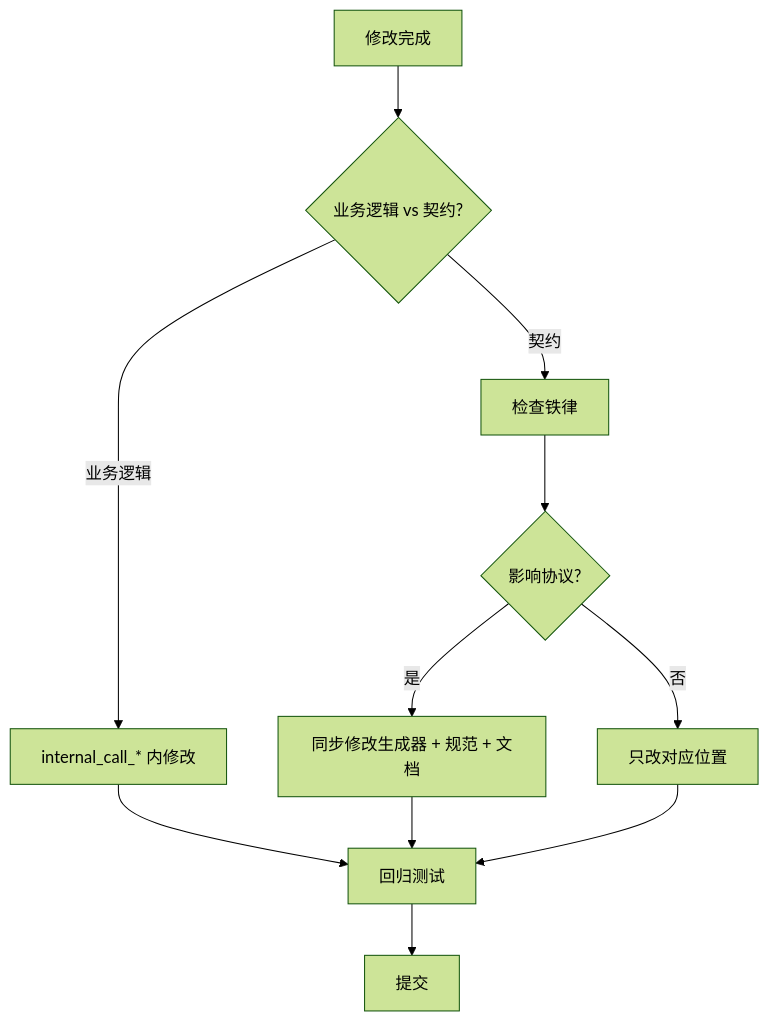
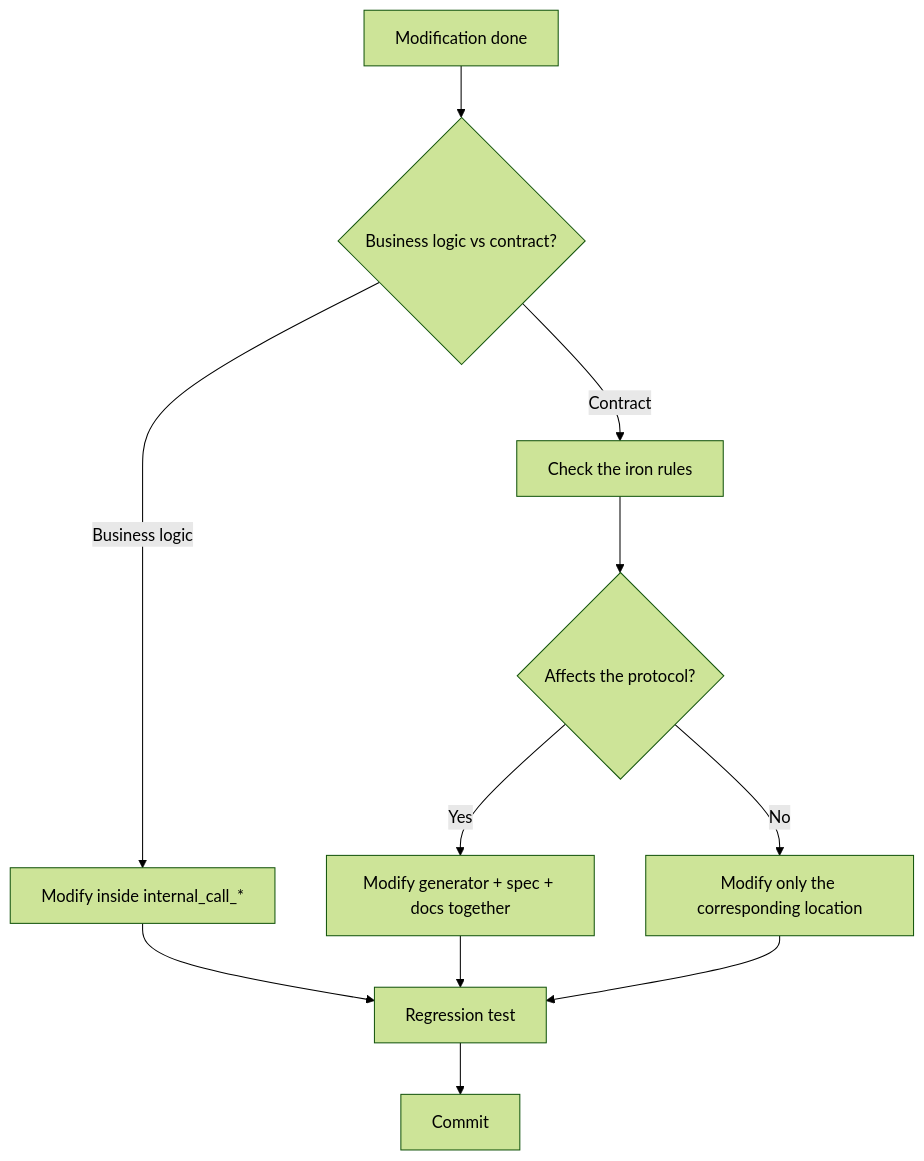
One commit to PassByYou888/LingoFuse-Tools changed diagram 15 of 15 in src/pascal_c_to_mcp/code_decl_to_mcp_knowledge_base.md. Above: the diagram before and after it, drawn with Mermaid (forest theme). The commit also changed other lines of this file, not shown here.

````diff
--- a/src/pascal_c_to_mcp/code_decl_to_mcp_knowledge_base.md
+++ b/src/pascal_c_to_mcp/code_decl_to_mcp_knowledge_base.md
@@ -2052,13 +2053,13 @@
 ```mermaid
 flowchart TD
-    A["修改完成"] --> B{"业务逻辑 vs 契约?"}
-    B -- 业务逻辑 --> C["internal_call_* 内修改"]
-    B -- 契约 --> D["检查铁律"]
-    D --> E{"影响协议?"}
-    E -- 是 --> F["同步修改生成器 + 规范 + 文档"]
-    E -- 否 --> G["只改对应位置"]
-    C --> H["回归测试"]
+    A["Modification done"] --> B{"Business logic vs contract?"}
+    B -- Business logic --> C["Modify inside internal_call_*"]
+    B -- Contract --> D["Check the iron rules"]
+    D --> E{"Affects the protocol?"}
+    E -- Yes --> F["Modify generator + spec + docs together"]
+    E -- No --> G["Modify only the corresponding location"]
+    C --> H["Regression test"]
     F --> H
     G --> H
-    H --> I["提交"]
+    H --> I["Commit"]
 ```
````
